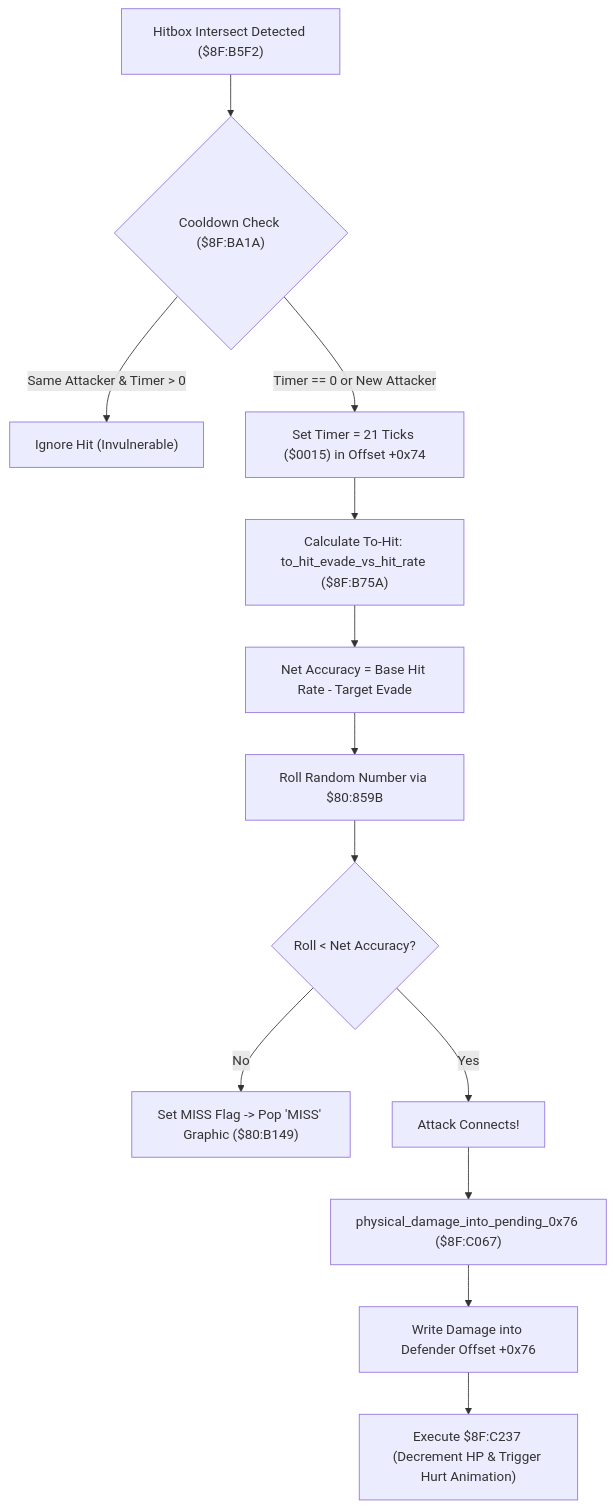
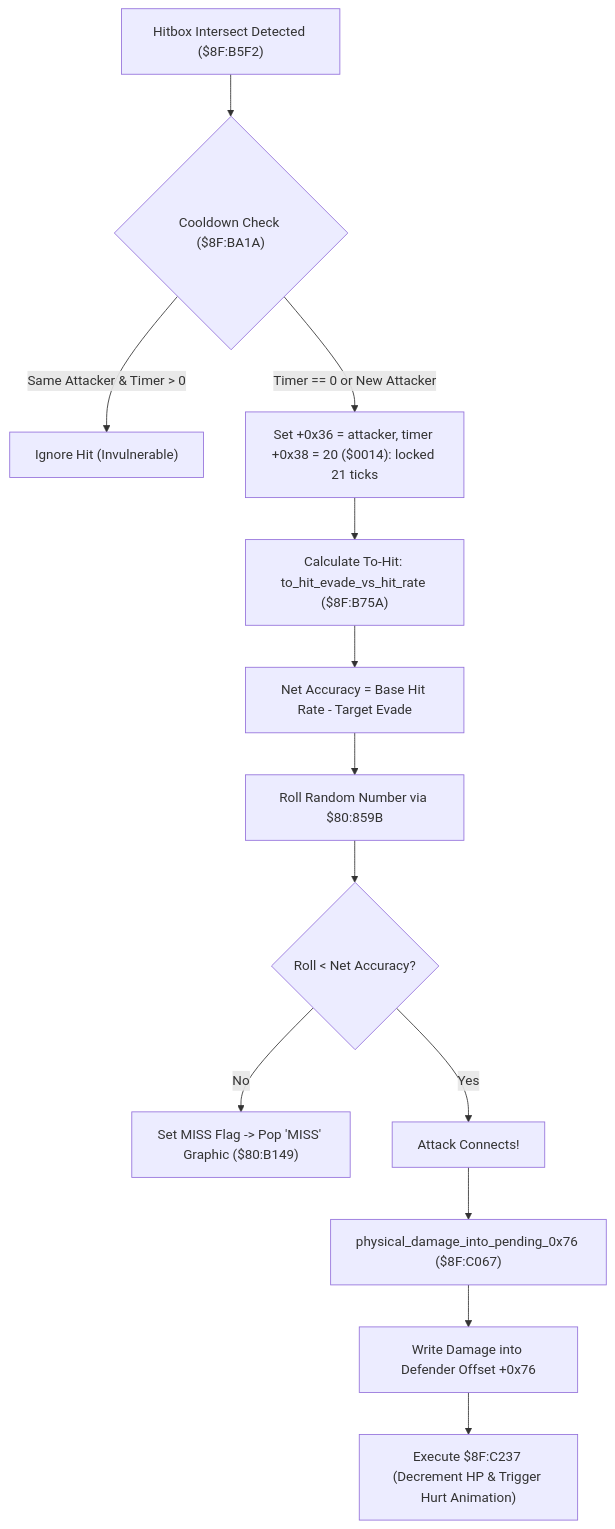
The diagram in docs/disassembly/combat/to-hit-accuracy.md (r-bin/everscript-vscode), drawn with Mermaid before and after one commit. The commit also changed other lines of this file and 6 other files, not shown here.

````diff
--- a/docs/disassembly/combat/to-hit-accuracy.md
+++ b/docs/disassembly/combat/to-hit-accuracy.md
@@ -22,17 +22,17 @@
 ```mermaid
 flowchart TD
     Intersect["Hitbox Intersect Detected ($8F:B5F2)"] --> Cooldown{"Cooldown Check ($8F:BA1A)"}
     Cooldown -->|"Same Attacker & Timer > 0"| Revert["Ignore Hit (Invulnerable)"]
-    Cooldown -->|"Timer == 0 or New Attacker"| SetTimer["Set Timer = 21 Ticks ($0015) in Offset +0x74"]
+    Cooldown -->|"Timer == 0 or New Attacker"| SetTimer["Set +0x36 = attacker, timer +0x38 = 20 ($0014): locked 21 ticks"]
     
     SetTimer --> Accuracy["Calculate To-Hit: to_hit_evade_vs_hit_rate ($8F:B75A)"]
     Accuracy --> NetChance["Net Accuracy = Base Hit Rate - Target Evade"]
     NetChance --> RNG["Roll Random Number via $80:859B"]
     RNG --> TestMiss{"Roll < Net Accuracy?"}
     TestMiss -->|No| MissPop["Set MISS Flag -> Pop 'MISS' Graphic ($80:B149)"]
     TestMiss -->|Yes| HitSuccess["Attack Connects!"]
 
     HitSuccess --> DamageCalc["physical_damage_into_pending_0x76 ($8F:C067)"]
     DamageCalc --> Accumulate["Write Damage into Defender Offset +0x76"]
     Accumulate --> ApplyHP["Execute $8F:C237 (Decrement HP & Trigger Hurt Animation)"]
 ```
````
